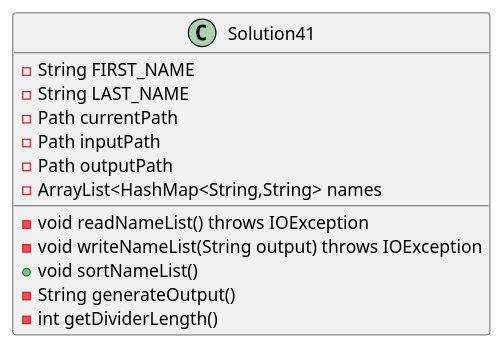
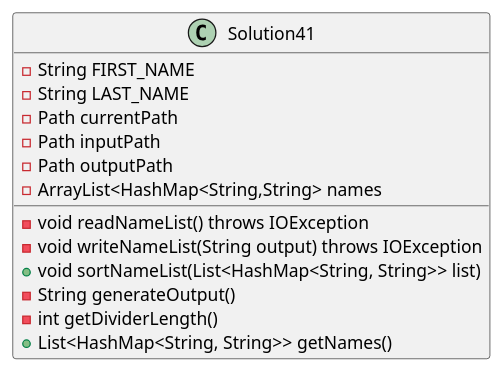
Before and after one commit to ethandrzb/thomas-a04: the diagram in exercise41/docs/class_diagram.puml, drawn with PlantUML. The commit also changed 2 other files, not shown here.

```diff
--- a/exercise41/docs/class_diagram.puml
+++ b/exercise41/docs/class_diagram.puml
@@ -1,20 +1,21 @@
 @startuml
 'https://plantuml.com/class-diagram
 
 class Solution41
 {
 -String FIRST_NAME
 -String LAST_NAME
 -Path currentPath
 -Path inputPath
 -Path outputPath
 -ArrayList<HashMap<String,String> names
 
 -void readNameList() throws IOException
 -void writeNameList(String output) throws IOException
-+void sortNameList()
++void sortNameList(List<HashMap<String, String>> list)
 -String generateOutput()
 -int getDividerLength()
++List<HashMap<String, String>> getNames()
 }
 
 @enduml
```
